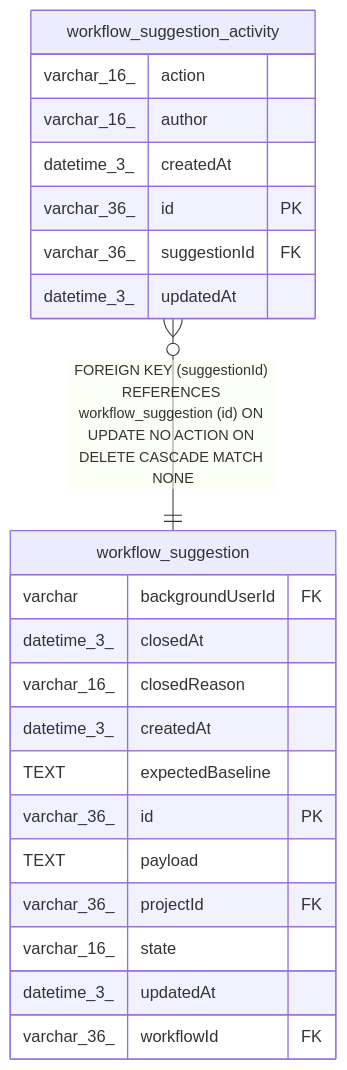
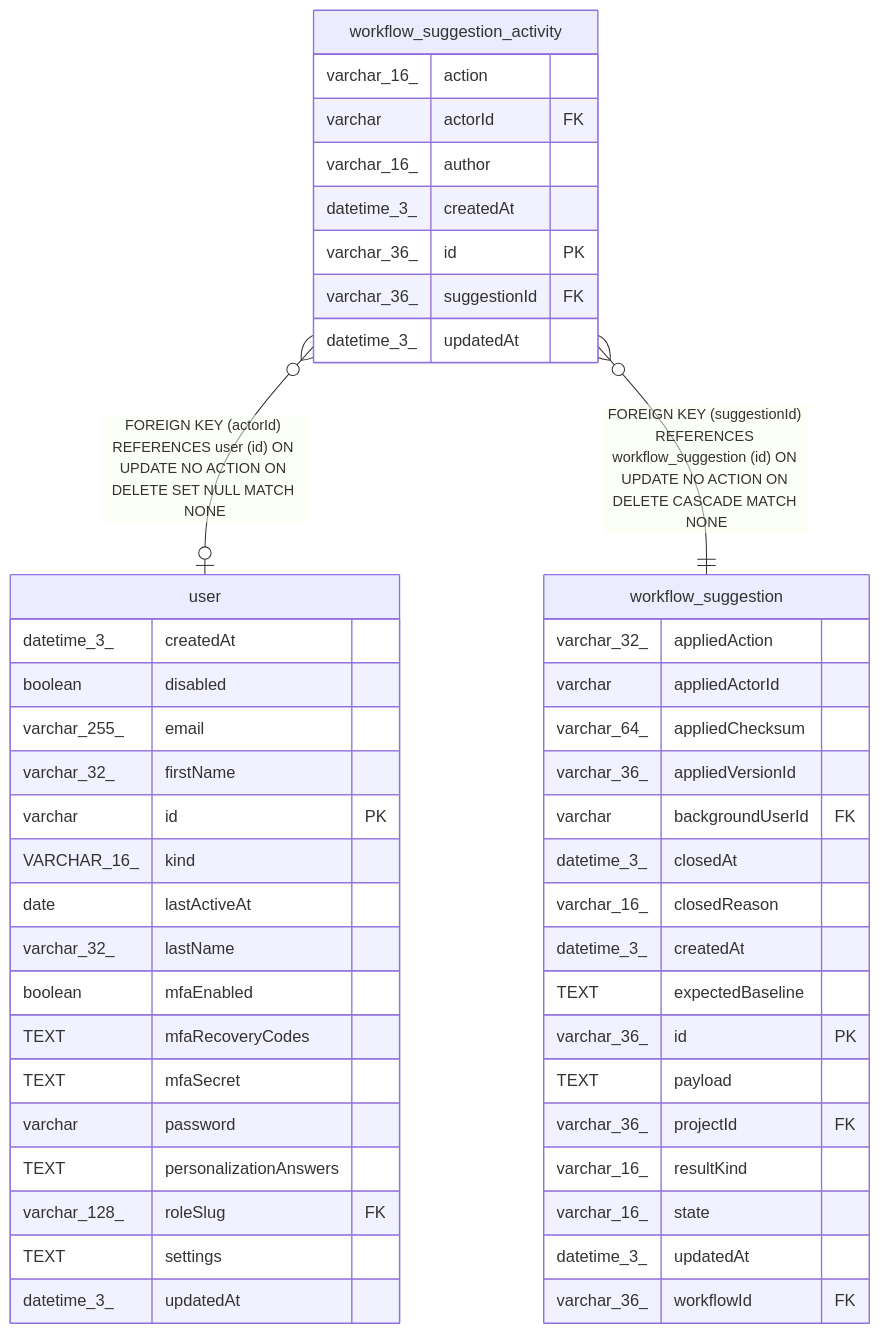
One commit to sreent/n8n changed the diagram in docs/generated/sqlite-schema/workflow_suggestion_activity.md. Above: the diagram before and after it, drawn with Mermaid. The commit also changed other lines of this file and 7993 other files, not shown here.

````diff
--- a/docs/generated/sqlite-schema/workflow_suggestion_activity.md
+++ b/docs/generated/sqlite-schema/workflow_suggestion_activity.md
@@ -44,27 +47,52 @@
 ```mermaid
 erDiagram
 
+"workflow_suggestion_activity" }o--o| "user" : "FOREIGN KEY (actorId) REFERENCES user (id) ON UPDATE NO ACTION ON DELETE SET NULL MATCH NONE"
 "workflow_suggestion_activity" }o--|| "workflow_suggestion" : "FOREIGN KEY (suggestionId) REFERENCES workflow_suggestion (id) ON UPDATE NO ACTION ON DELETE CASCADE MATCH NONE"
 
 "workflow_suggestion_activity" {
   varchar_16_ action
+  varchar actorId FK
   varchar_16_ author
   datetime_3_ createdAt
   varchar_36_ id PK
   varchar_36_ suggestionId FK
   datetime_3_ updatedAt
 }
+"user" {
+  datetime_3_ createdAt
+  boolean disabled
+  varchar_255_ email
+  varchar_32_ firstName
+  varchar id PK
+  VARCHAR_16_ kind
+  date lastActiveAt
+  varchar_32_ lastName
+  boolean mfaEnabled
+  TEXT mfaRecoveryCodes
+  TEXT mfaSecret
+  varchar password
+  TEXT personalizationAnswers
+  varchar_128_ roleSlug FK
+  TEXT settings
+  datetime_3_ updatedAt
+}
 "workflow_suggestion" {
+  varchar_32_ appliedAction
+  varchar appliedActorId
+  varchar_64_ appliedChecksum
+  varchar_36_ appliedVersionId
   varchar backgroundUserId FK
   datetime_3_ closedAt
   varchar_16_ closedReason
   datetime_3_ createdAt
   TEXT expectedBaseline
   varchar_36_ id PK
   TEXT payload
   varchar_36_ projectId FK
+  varchar_16_ resultKind
   varchar_16_ state
   datetime_3_ updatedAt
   varchar_36_ workflowId FK
 }
 ```
````
